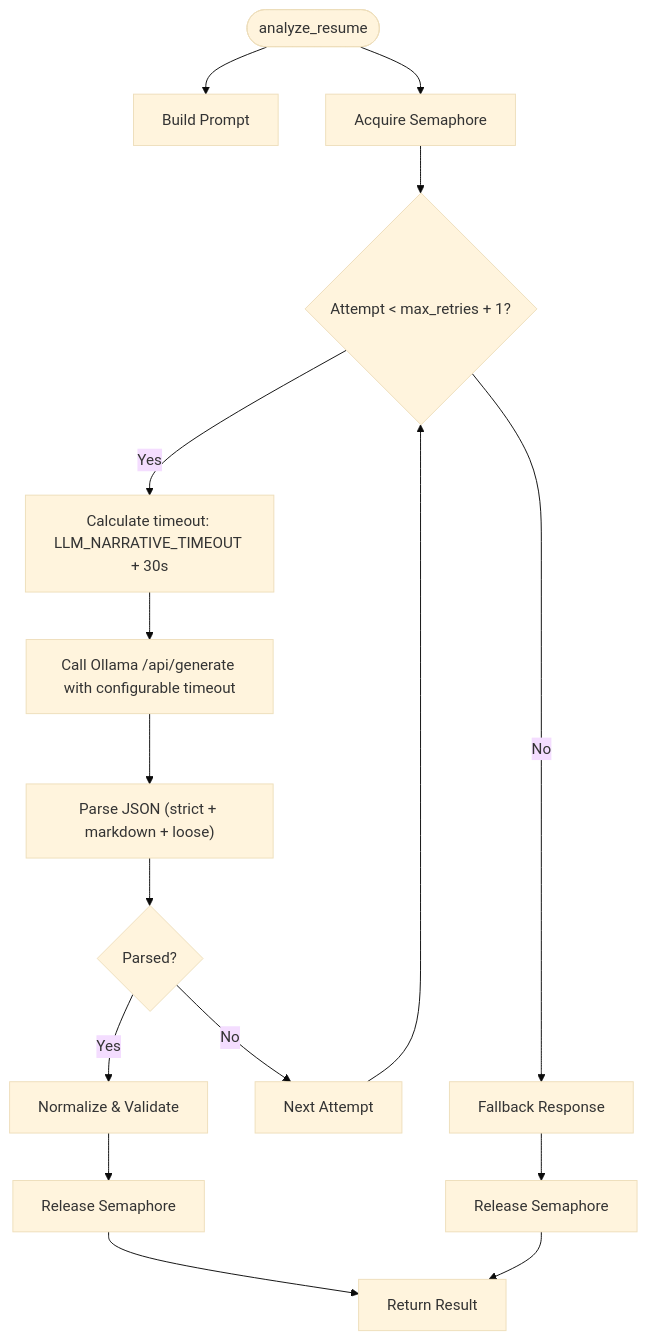
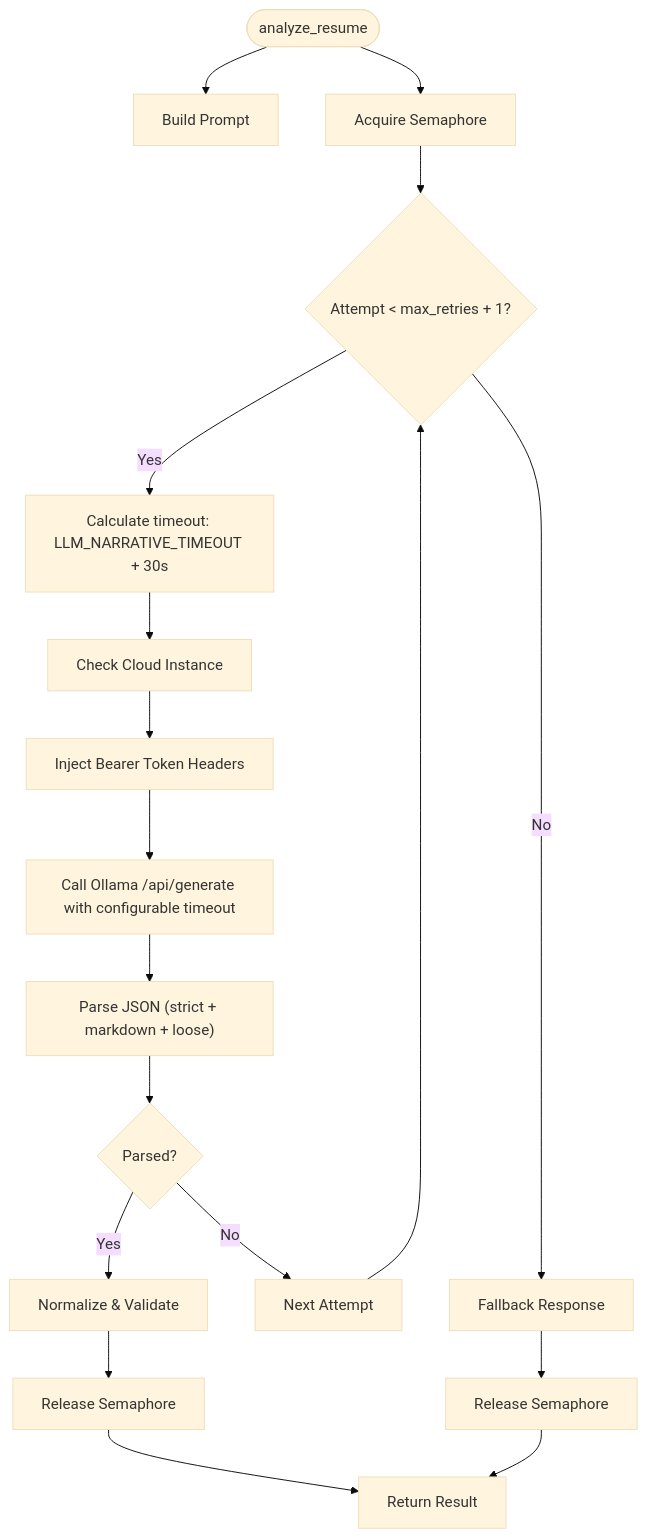
One commit to Revanththetalogics/aireume changed the eighth of 15 diagrams in .qoder/repowiki/en/content/Analysis Engine/LLM Service Integration.md. Above: the diagram before and after it, drawn with Mermaid (base theme). The commit also changed other lines of this file and 11 other files, not shown here.

````diff
--- a/.qoder/repowiki/en/content/Analysis Engine/LLM Service Integration.md
+++ b/.qoder/repowiki/en/content/Analysis Engine/LLM Service Integration.md
@@ -362,18 +445,20 @@
 ```mermaid
 flowchart TD
 Start(["analyze_resume"]) --> Build["Build Prompt"]
 Start --> Semaphore["Acquire Semaphore"]
 Semaphore --> RetryLoop{"Attempt < max_retries + 1?"}
 RetryLoop --> |Yes| GetTimeout["Calculate timeout: LLM_NARRATIVE_TIMEOUT + 30s"]
-GetTimeout --> Call["Call Ollama /api/generate with configurable timeout"]
+GetTimeout --> CloudCheck["Check Cloud Instance"]
+CloudCheck --> InjectHeaders["Inject Bearer Token Headers"]
+InjectHeaders --> Call["Call Ollama /api/generate with configurable timeout"]
 Call --> Parse["Parse JSON (strict + markdown + loose)"]
 Parse --> Valid{"Parsed?"}
 Valid --> |Yes| Normalize["Normalize & Validate"]
 Normalize --> Release["Release Semaphore"]
 Release --> Return["Return Result"]
 Valid --> |No| NextAttempt["Next Attempt"]
 NextAttempt --> RetryLoop
 RetryLoop --> |No| Fallback["Fallback Response"]
 Fallback --> Release2["Release Semaphore"]
 Release2 --> Return
 ```
````
